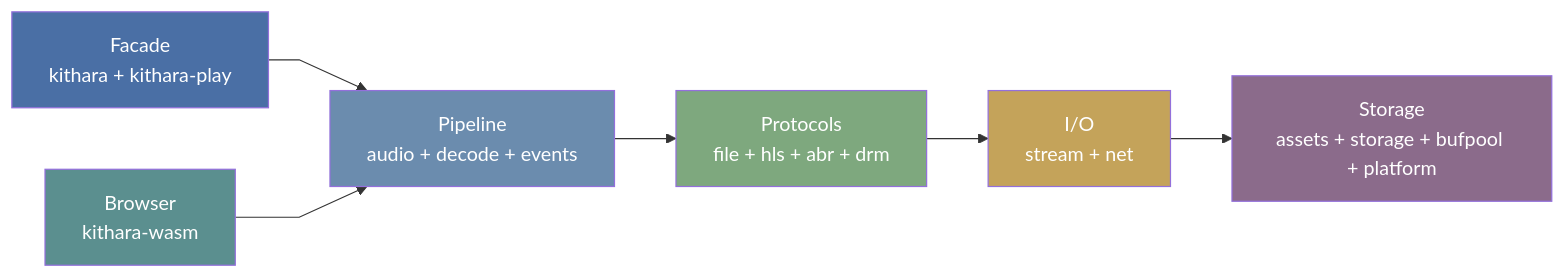
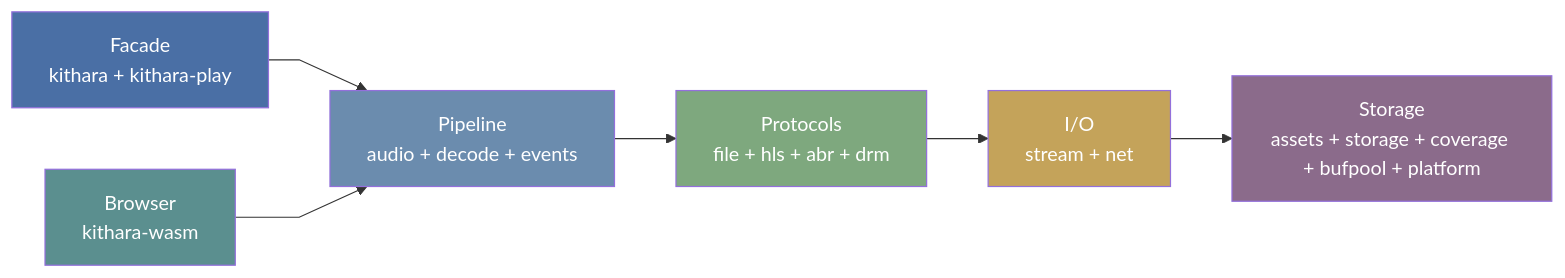
The diagram in README.md (zvuk/kithara), drawn with Mermaid before and after one commit. The commit also changed other lines of this file and 20 other files, not shown here.

````diff
--- a/README.md
+++ b/README.md
@@ -40,20 +40,20 @@
 ```mermaid
 %%{init: {"flowchart": {"curve": "linear"}} }%%
 flowchart LR
     facade["Facade<br/>kithara + kithara-play"]
     pipeline["Pipeline<br/>audio + decode + events"]
     protocols["Protocols<br/>file + hls + abr + drm"]
     io["I/O<br/>stream + net"]
-    storage["Storage<br/>assets + storage + bufpool + platform"]
+    storage["Storage<br/>assets + storage + coverage + bufpool + platform"]
     wasm["Browser<br/>kithara-wasm"]
 
     facade --> pipeline --> protocols --> io --> storage
     wasm --> pipeline
 
     style facade fill:#4a6fa5,color:#fff
     style pipeline fill:#6b8cae,color:#fff
     style protocols fill:#7ea87e,color:#fff
     style io fill:#c4a35a,color:#fff
     style storage fill:#8b6b8b,color:#fff
     style wasm fill:#5b8f8f,color:#fff
 ```
````
